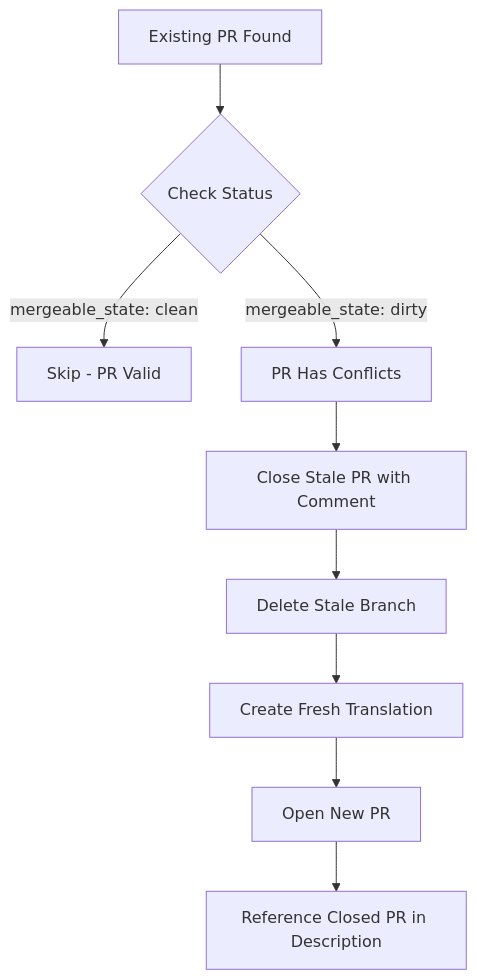
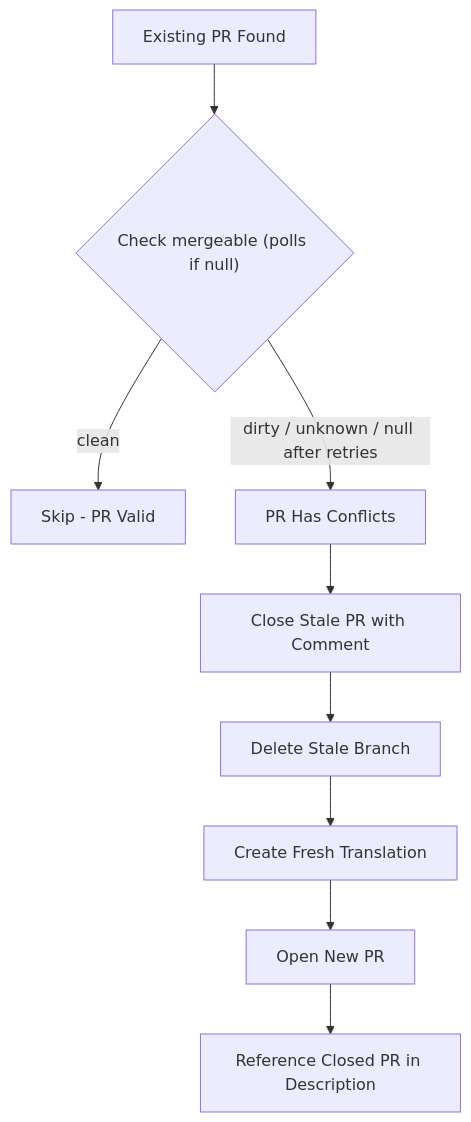
Before and after one commit to NivaldoFarias/translate-react: the sixth of 9 diagrams in docs/WORKFLOW.md, drawn with Mermaid. The commit also changed other lines of this file and 9 other files, not shown here.

````diff
--- a/docs/WORKFLOW.md
+++ b/docs/WORKFLOW.md
@@ -133,11 +135,11 @@
 ```mermaid
 flowchart TD
-    A[Existing PR Found] --> B{Check Status}
-    B -->|mergeable_state: clean| C[Skip - PR Valid]
-    B -->|mergeable_state: dirty| D[PR Has Conflicts]
+    A[Existing PR Found] --> B{"Check mergeable (polls if null)"}
+    B -->|clean| C[Skip - PR Valid]
+    B -->|"dirty / unknown / null after retries"| D[PR Has Conflicts]
     D --> E[Close Stale PR with Comment]
     E --> F[Delete Stale Branch]
     F --> G[Create Fresh Translation]
     G --> H[Open New PR]
     H --> I[Reference Closed PR in Description]
 ```
````
